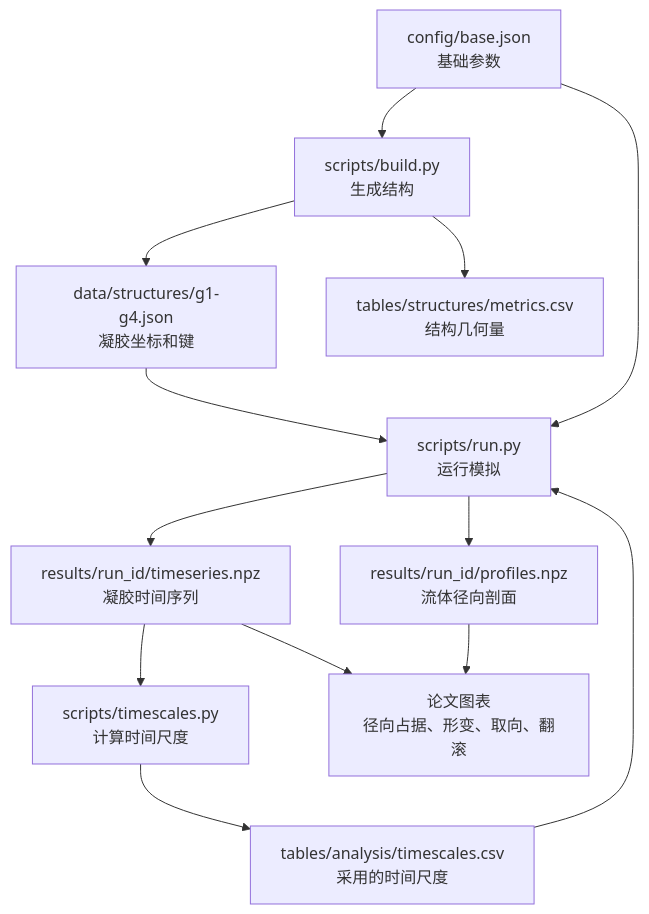
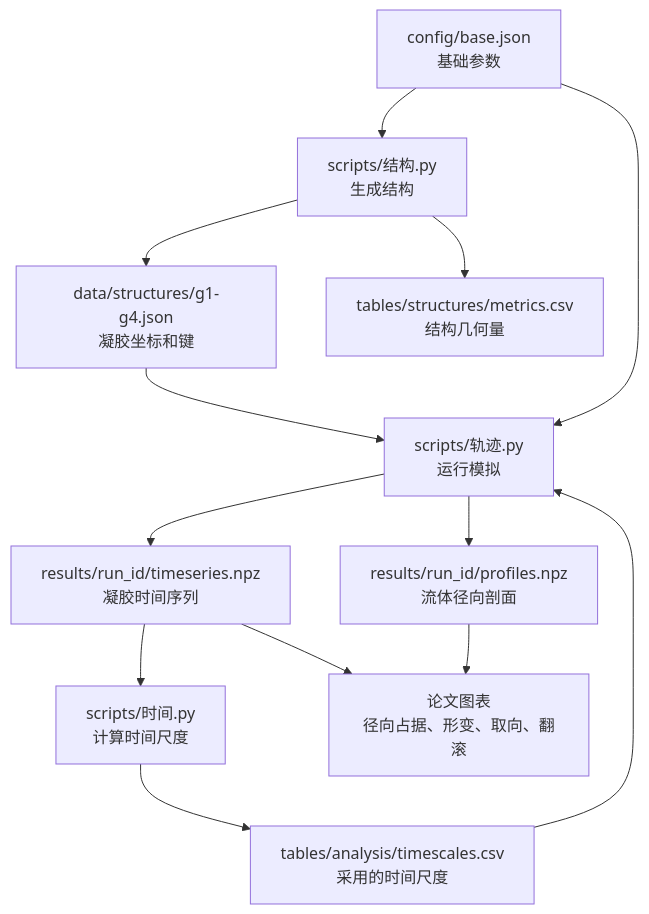
One commit to beaster0/mpcd changed the diagram in 指导文件/QUANTITIES_DERIVATION.md. Above: the diagram before and after it, drawn with Mermaid. The commit also changed other lines of this file and 730 other files, not shown here.

````diff
--- a/指导文件/QUANTITIES_DERIVATION.md
+++ b/指导文件/QUANTITIES_DERIVATION.md
@@ -21,19 +21,19 @@
 ```mermaid
 flowchart TB
     accTitle: Quantity Data Flow
     accDescr: The diagram shows how configuration files, generated gel structures, simulation trajectories, analysis tables, and paper figures are connected.
 
-    config["config/base.json<br/>基础参数"] --> build["scripts/build.py<br/>生成结构"]
+    config["config/base.json<br/>基础参数"] --> build["scripts/结构.py<br/>生成结构"]
     build --> structures["data/structures/g1-g4.json<br/>凝胶坐标和键"]
     build --> metrics["tables/structures/metrics.csv<br/>结构几何量"]
-    structures --> run["scripts/run.py<br/>运行模拟"]
+    structures --> run["scripts/轨迹.py<br/>运行模拟"]
     config --> run
     run --> series["results/run_id/timeseries.npz<br/>凝胶时间序列"]
     run --> profiles["results/run_id/profiles.npz<br/>流体径向剖面"]
 
-    series --> timescale["scripts/timescales.py<br/>计算时间尺度"]
+    series --> timescale["scripts/时间.py<br/>计算时间尺度"]
     timescale --> tau_table["tables/analysis/timescales.csv<br/>采用的时间尺度"]
     tau_table --> run
     series --> figures["论文图表<br/>径向占据、形变、取向、翻滚"]
     profiles --> figures
 ```
````
